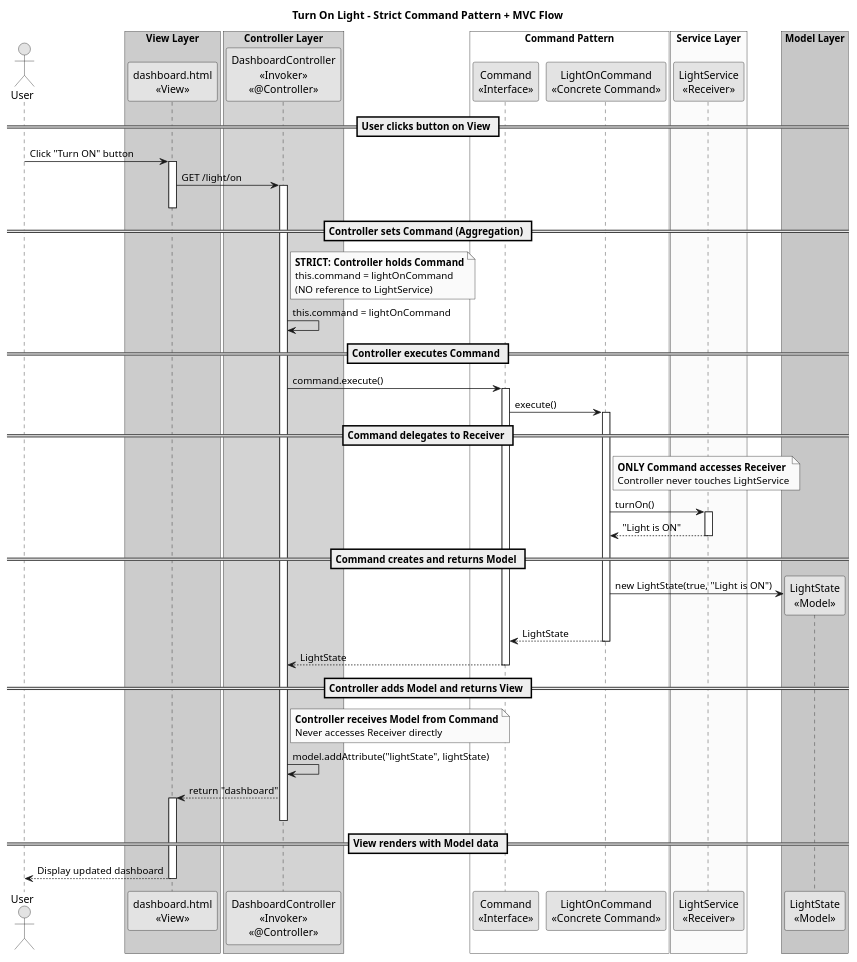
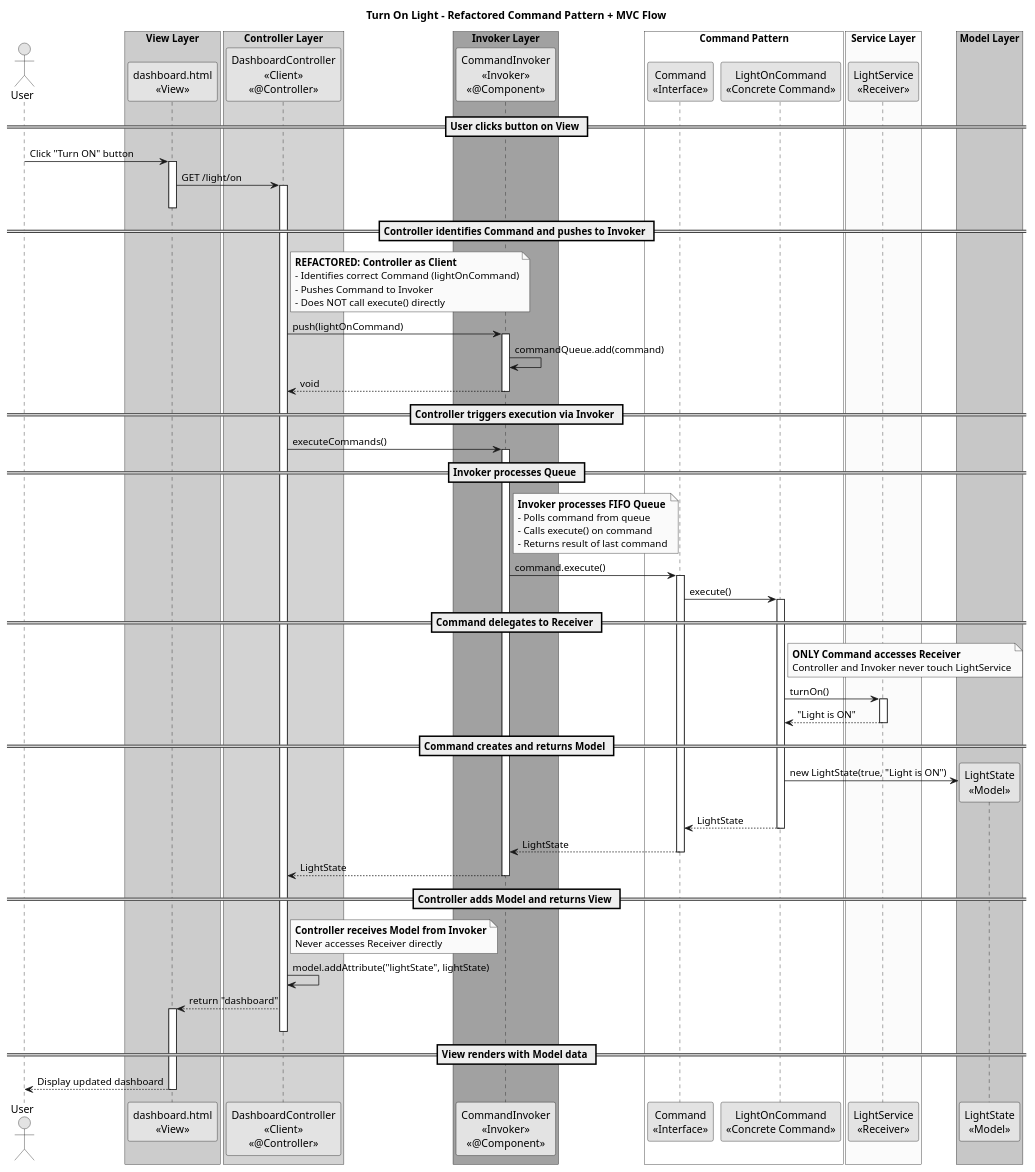
One commit to Mostafa-abozead/commandpattern-MVC- changed the second of 2 diagrams in docs/COMMAND_PATTERN.md. Above: the diagram before and after it, drawn with PlantUML. The commit also changed other lines of this file and 6 other files, not shown here.

Commit message:
Refactor Command Pattern: Add CommandInvoker class with FIFO queue for strict separation of concerns

```diff
--- a/docs/COMMAND_PATTERN.md
+++ b/docs/COMMAND_PATTERN.md
@@ -199,7 +233,7 @@
 skinparam shadowing false
 skinparam monochrome true
 
-title Turn On Light - Strict Command Pattern + MVC Flow
+title Turn On Light - Refactored Command Pattern + MVC Flow
 
 ' ========================================
 ' Participants
@@ -211,7 +245,11 @@
 end box
 
 box "Controller Layer" #LightGray
-    participant "DashboardController\n<<Invoker>>\n<<@Controller>>" as controller
+    participant "DashboardController\n<<Client>>\n<<@Controller>>" as controller
+end box
+
+box "Invoker Layer" #LightCoral
+    participant "CommandInvoker\n<<Invoker>>\n<<@Component>>" as invoker
 end box
 
 box "Command Pattern" #White
@@ -239,17 +277,34 @@
 activate controller
 deactivate view
 
-== Controller sets Command (Aggregation) ==
+== Controller identifies Command and pushes to Invoker ==
 note right of controller
-  **STRICT: Controller holds Command**
-  this.command = lightOnCommand
-  (NO reference to LightService)
+  **REFACTORED: Controller as Client**
+  - Identifies correct Command (lightOnCommand)
+  - Pushes Command to Invoker
+  - Does NOT call execute() directly
 end note
 
-controller -> controller : this.command = lightOnCommand
+controller -> invoker : push(lightOnCommand)
+activate invoker
 
-== Controller executes Command ==
-controller -> commandInterface : command.execute()
+invoker -> invoker : commandQueue.add(command)
+invoker --> controller : void
+deactivate invoker
+
+== Controller triggers execution via Invoker ==
+controller -> invoker : executeCommands()
+activate invoker
+
+== Invoker processes Queue ==
+note right of invoker
+  **Invoker processes FIFO Queue**
+  - Polls command from queue
+  - Calls execute() on command
+  - Returns result of last command
+end note
+
+invoker -> commandInterface : command.execute()
 activate commandInterface
 
 commandInterface -> command : execute()
@@ -258,7 +313,7 @@
 == Command delegates to Receiver ==
 note right of command
   **ONLY Command accesses Receiver**
-  Controller never touches LightService
+  Controller and Invoker never touch LightService
 end note
 
 command -> service : turnOn()
@@ -273,12 +328,15 @@
 command --> commandInterface : LightState
 deactivate command
 
-commandInterface --> controller : LightState
+commandInterface --> invoker : LightState
 deactivate commandInterface
+
+invoker --> controller : LightState
+deactivate invoker
 
 == Controller adds Model and returns View ==
 note right of controller
-  **Controller receives Model from Command**
+  **Controller receives Model from Invoker**
   Never accesses Receiver directly
 end note
 
```
